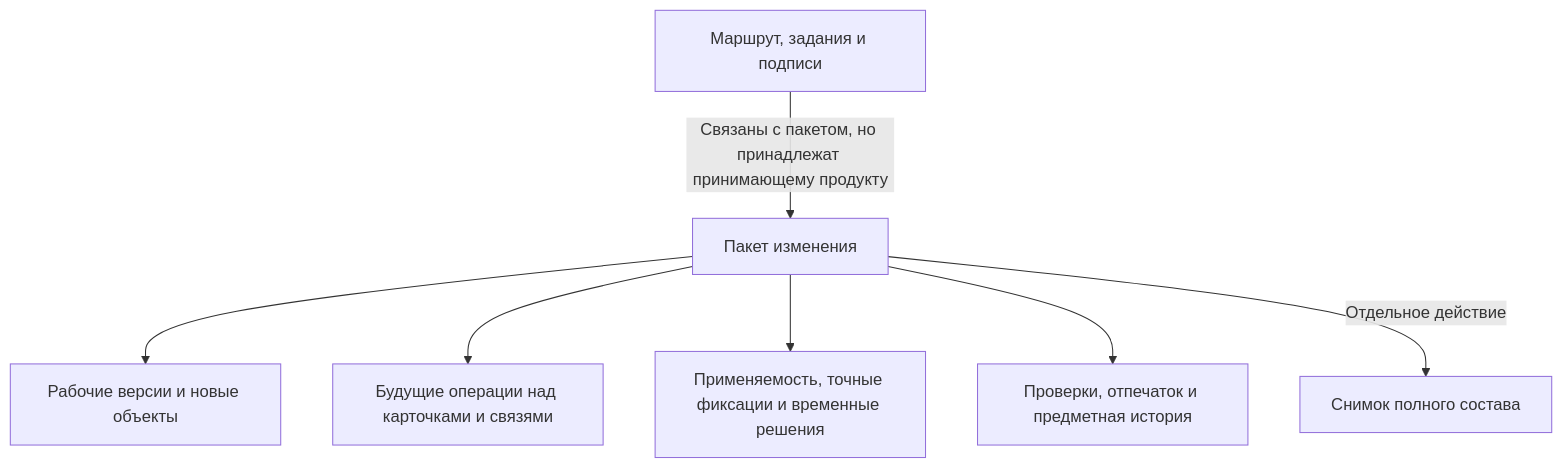
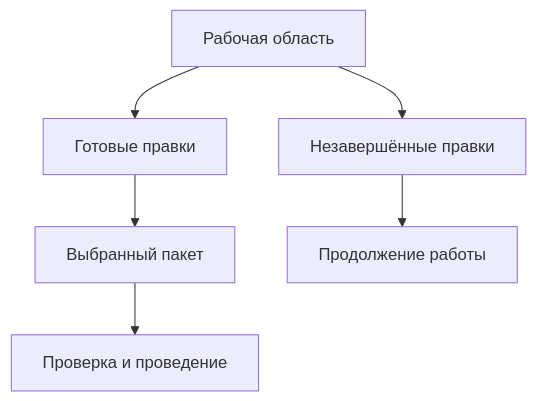
One commit to ZelAnton/Interlink-product-book changed the diagram in docs/changes/01-what-is-change-package.md. Above: the diagram before and after it, drawn with Mermaid. The commit also changed other lines of this file and 231 other files, not shown here.

````diff
--- a/docs/changes/01-what-is-change-package.md
+++ b/docs/changes/01-what-is-change-package.md
@@ -50,9 +23,8 @@
 ```mermaid
 flowchart TB
-    P["Пакет изменения"] --> D["Рабочие версии и новые объекты"]
-    P --> O["Будущие операции над карточками и связями"]
-    P --> R["Применяемость, точные фиксации и временные решения"]
-    P --> V["Проверки, отпечаток и предметная история"]
-    W["Маршрут, задания и подписи"] -->|"Связаны с пакетом, но принадлежат принимающему продукту"| P
-    P -->|"Отдельное действие"| S["Снимок полного состава"]
+    A["Рабочая область"] --> B["Готовые правки"]
+    A --> C["Незавершённые правки"]
+    B --> D["Выбранный пакет"]
+    D --> E["Проверка и проведение"]
+    C --> F["Продолжение работы"]
 ```
````
